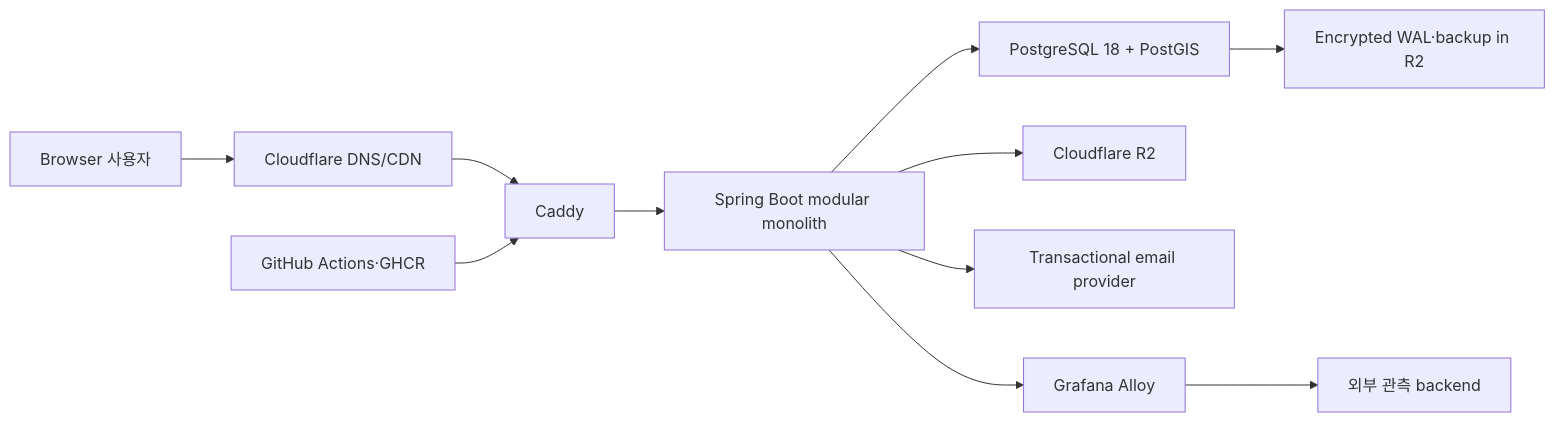
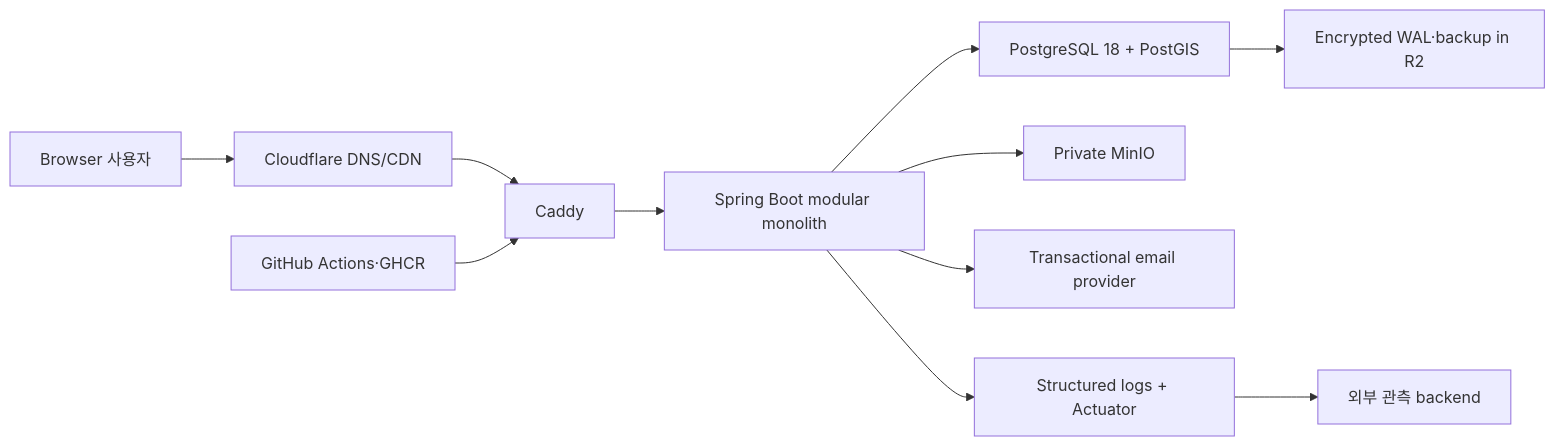
Before and after one commit to answndud/townpet-springboot: the first of 5 diagrams in docs/TRD.md, drawn with Mermaid. The commit also changed other lines of this file and 18 other files, not shown here.

````diff
--- a/docs/TRD.md
+++ b/docs/TRD.md
@@ -32,13 +33,13 @@
 ```mermaid
 flowchart LR
     U["Browser 사용자"] --> CF["Cloudflare DNS/CDN"]
     CF --> C["Caddy"]
     C --> S["Spring Boot modular monolith"]
     S --> PG["PostgreSQL 18 + PostGIS"]
-    S --> R2["Cloudflare R2"]
+    S --> OBJ["Private MinIO"]
     S --> MAIL["Transactional email provider"]
-    S --> OBS["Grafana Alloy"]
+    S --> OBS["Structured logs + Actuator"]
     OBS --> GC["외부 관측 backend"]
     GH["GitHub Actions·GHCR"] --> C
     PG --> B["Encrypted WAL·backup in R2"]
 ```
````
